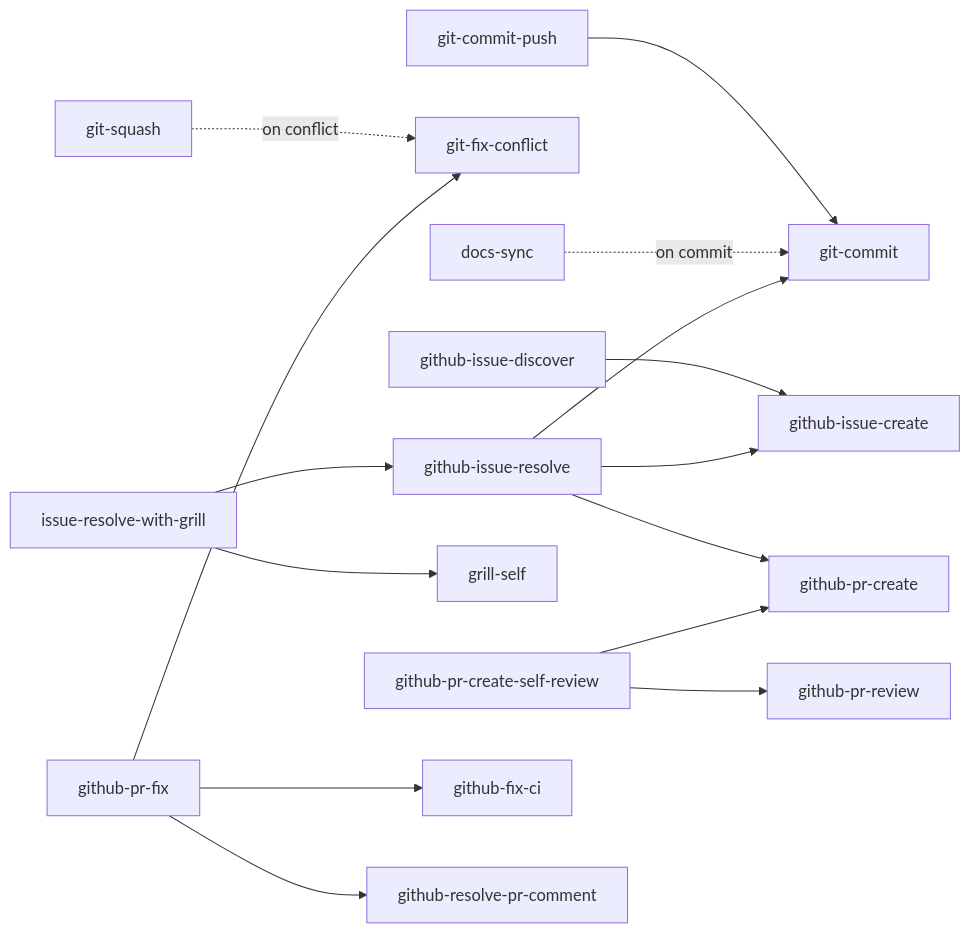
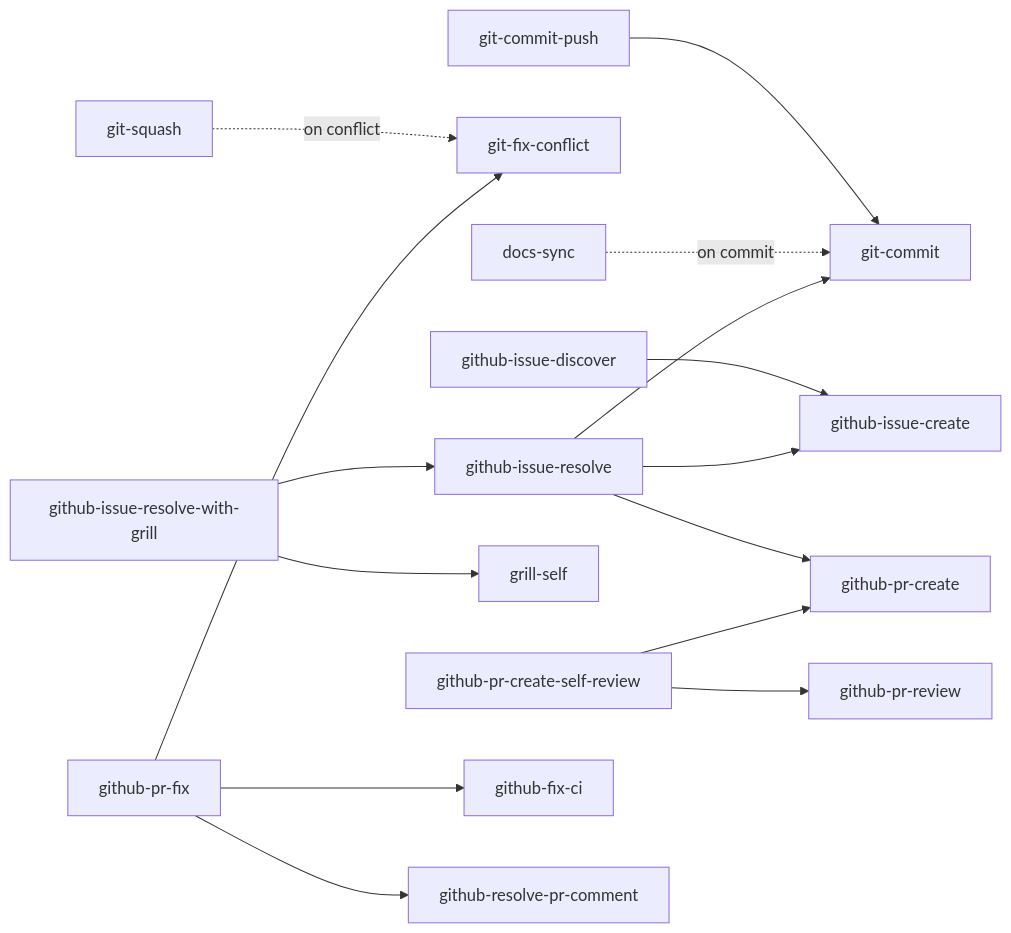
The diagram in doc/skills.md (mjun0812/dotfiles), drawn with Mermaid before and after one commit. The commit also changed other lines of this file and 1 other file, not shown here.

First line of the commit message:
refactor(skills): rename issue-resolve-with-grill to github-issue-resolve-with-grill

````diff
--- a/doc/skills.md
+++ b/doc/skills.md
@@ -83,21 +83,21 @@
 ```mermaid
 graph LR
     git-commit-push --> git-commit
     git-squash -. on conflict .-> git-fix-conflict
     docs-sync -. on commit .-> git-commit
 
     github-issue-discover --> github-issue-create
     github-issue-resolve --> github-issue-create
     github-issue-resolve --> github-pr-create
     github-issue-resolve --> git-commit
 
-    issue-resolve-with-grill --> grill-self
-    issue-resolve-with-grill --> github-issue-resolve
+    github-issue-resolve-with-grill --> grill-self
+    github-issue-resolve-with-grill --> github-issue-resolve
 
     github-pr-create-self-review --> github-pr-create
     github-pr-create-self-review --> github-pr-review
 
     github-pr-fix --> git-fix-conflict
     github-pr-fix --> github-fix-ci
     github-pr-fix --> github-resolve-pr-comment
 ```
````
